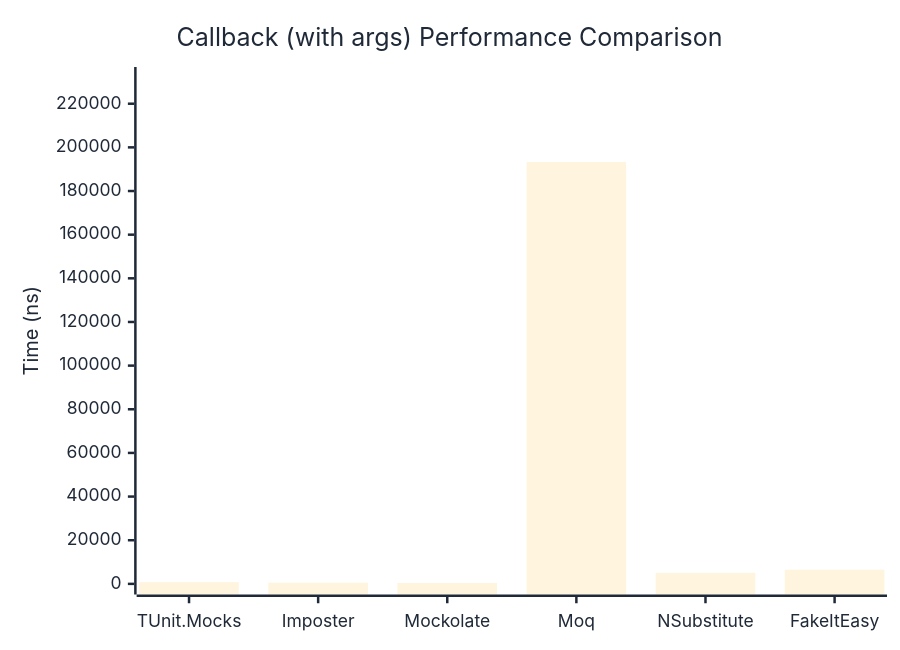
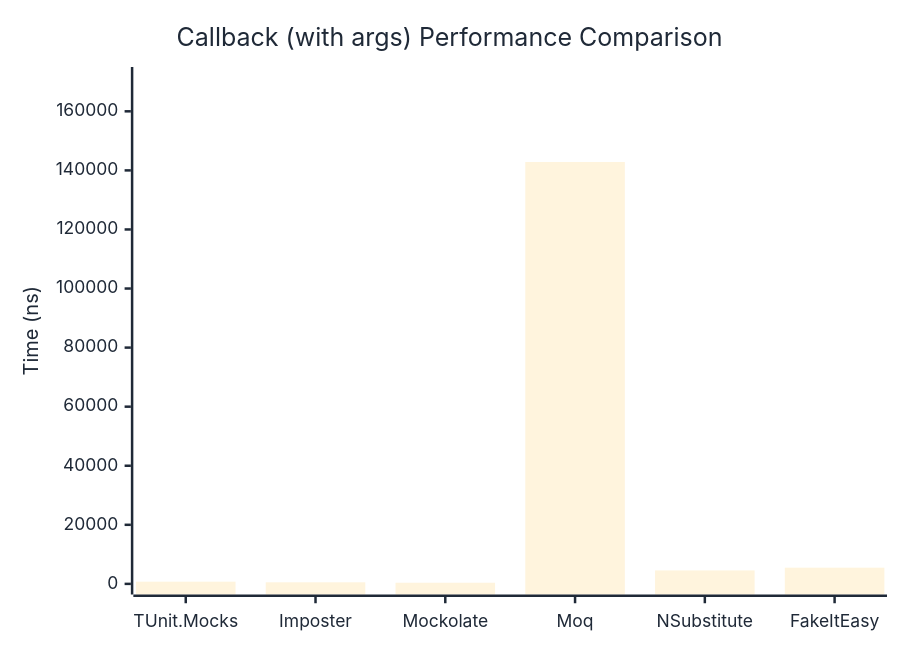
The second of 2 diagrams in docs/docs/benchmarks/mocks/Callback.md (thomhurst/TUnit), drawn with Mermaid before and after one commit. The commit also changed other lines of this file and 14 other files, not shown here.

````diff
--- a/docs/docs/benchmarks/mocks/Callback.md
+++ b/docs/docs/benchmarks/mocks/Callback.md
@@ -69,27 +69,27 @@
 ```mermaid
 %%{init: {
   'theme':'base',
   'themeVariables': {
     'primaryColor': '#2563eb',
     'primaryTextColor': '#1f2937',
     'primaryBorderColor': '#1e40af',
     'lineColor': '#6b7280',
     'secondaryColor': '#7c3aed',
     'tertiaryColor': '#dc2626',
     'background': '#ffffff',
     'pie1': '#2563eb',
     'pie2': '#7c3aed',
     'pie3': '#dc2626',
     'pie4': '#f59e0b',
     'pie5': '#10b981',
     'pie6': '#06b6d4',
     'pie7': '#ec4899',
     'pie8': '#6366f1'
   }
 }}%%
 xychart-beta
   title "Callback (with args) Performance Comparison"
   x-axis ["TUnit.Mocks", "Imposter", "Mockolate", "Moq", "NSubstitute", "FakeItEasy"]
-  y-axis "Time (ns)" 0 --> 231954
-  bar [789.1, 515, 394.5, 193294.2, 5060, 6484.5]
+  y-axis "Time (ns)" 0 --> 171410
+  bar [741.8, 534.9, 388.1, 142841.2, 4551.8, 5486.4]
 ```
````
